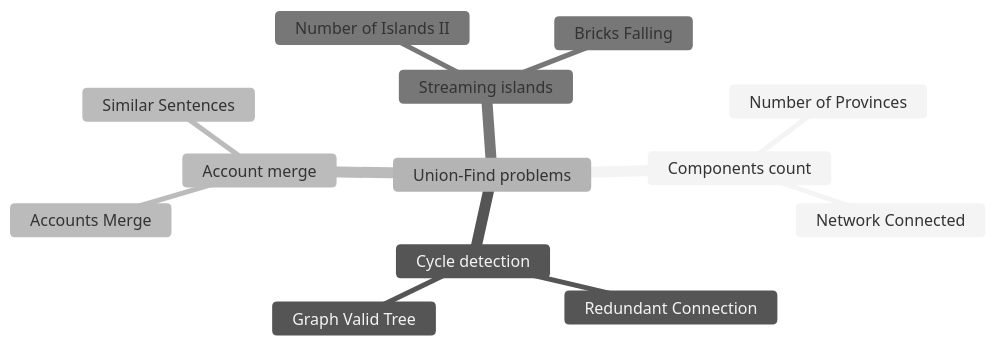
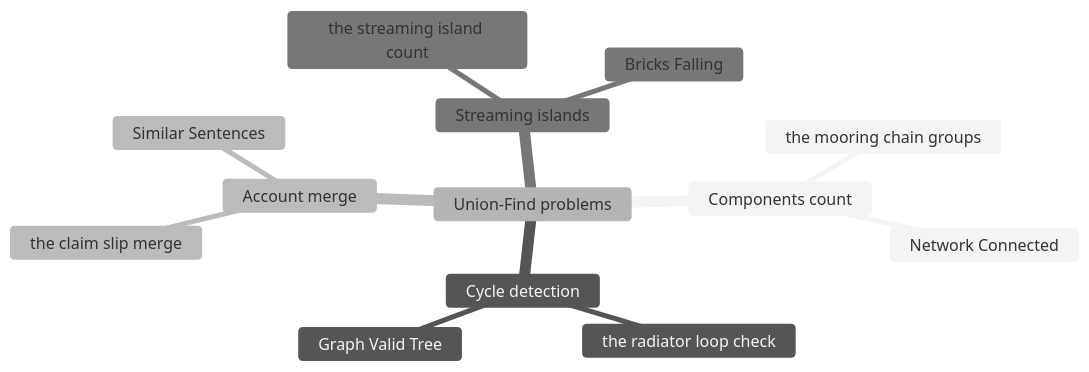
Before and after one commit to CODECRUNCHWORLDWIDE/C2-CrunchTime-The-Code: the second of 2 diagrams in curriculum/week-10-weighted-graphs-and-union-find/lecture-notes/03-union-find-and-the-dsu-triggers.md, drawn with Mermaid (neutral theme). The commit also changed other lines of this file and 259 other files, not shown here.

Commit message:
docs: add diagrams + sync content from curriculum source

````diff
--- a/curriculum/week-10-weighted-graphs-and-union-find/lecture-notes/03-union-find-and-the-dsu-triggers.md
+++ b/curriculum/week-10-weighted-graphs-and-union-find/lecture-notes/03-union-find-and-the-dsu-triggers.md
@@ -167,16 +167,16 @@
 ```mermaid
 mindmap
   Union-Find problems
     Components count
-      Number of Provinces
+      the mooring chain groups
       Network Connected
     Cycle detection
-      Redundant Connection
+      the radiator loop check
       Graph Valid Tree
     Account merge
-      Accounts Merge
+      the claim slip merge
       Similar Sentences
     Streaming islands
-      Number of Islands II
+      the streaming island count
       Bricks Falling
 ```
````
